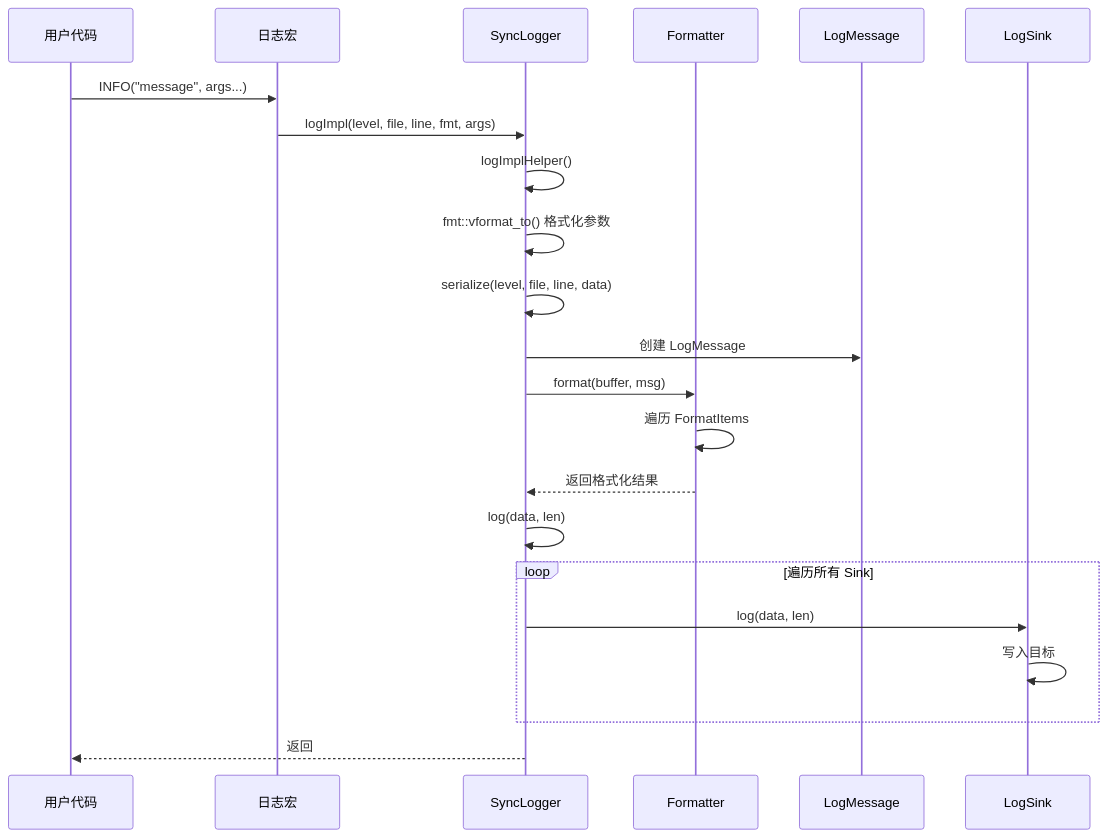
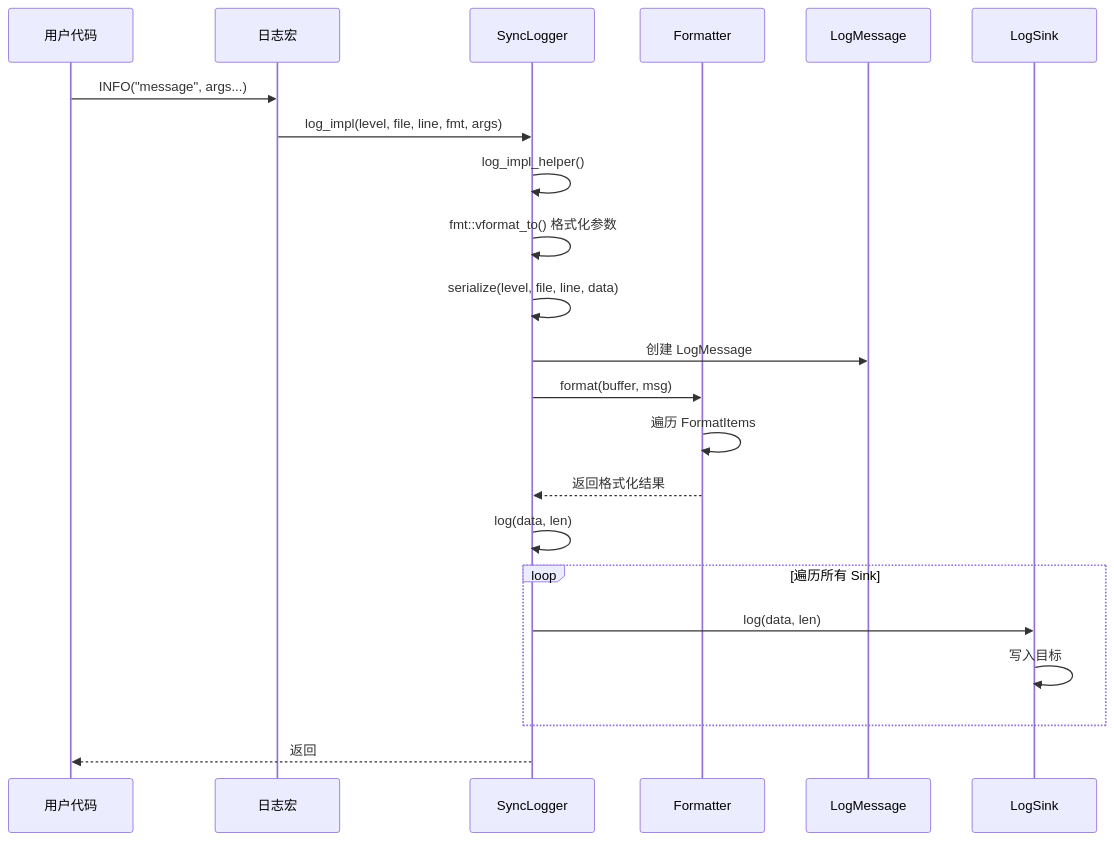
One commit to hzh-betty/zlynx changed the third of 4 diagrams in zlog/README.md. Above: the diagram before and after it, drawn with Mermaid. The commit also changed other lines of this file and 29 other files, not shown here.

````diff
--- a/zlog/README.md
+++ b/zlog/README.md
@@ -301,25 +301,25 @@
 ```mermaid
 sequenceDiagram
     participant User as 用户代码
     participant Macro as 日志宏
     participant Logger as SyncLogger
     participant Formatter as Formatter
     participant Message as LogMessage
     participant Sink as LogSink
 
     User->>Macro: INFO("message", args...)
-    Macro->>Logger: logImpl(level, file, line, fmt, args)
-    Logger->>Logger: logImplHelper()
+    Macro->>Logger: log_impl(level, file, line, fmt, args)
+    Logger->>Logger: log_impl_helper()
     Logger->>Logger: fmt::vformat_to() 格式化参数
     Logger->>Logger: serialize(level, file, line, data)
     Logger->>Message: 创建 LogMessage
     Logger->>Formatter: format(buffer, msg)
     Formatter->>Formatter: 遍历 FormatItems
     Formatter-->>Logger: 返回格式化结果
     Logger->>Logger: log(data, len)
     loop 遍历所有 Sink
         Logger->>Sink: log(data, len)
         Sink->>Sink: 写入目标
     end
     Logger-->>User: 返回
 ```
````
